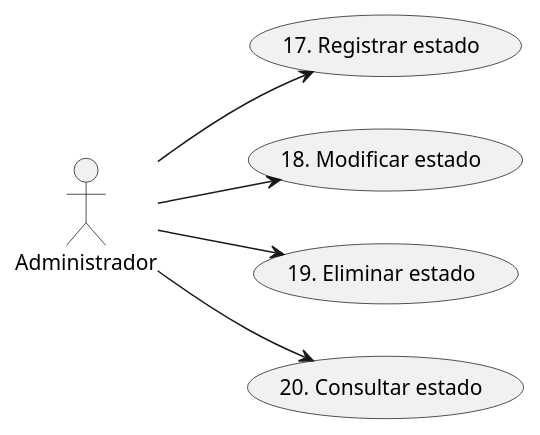
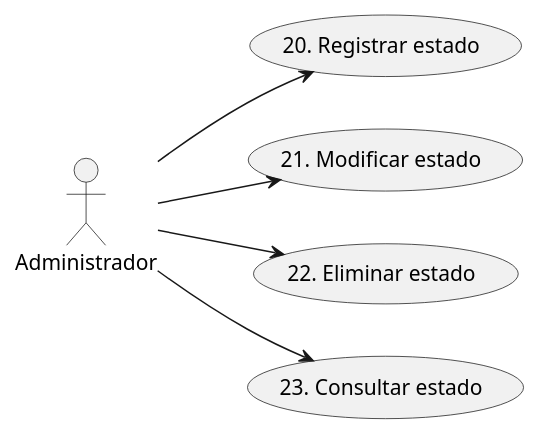
The fourth of 8 diagrams in Modelado/DiagramasCU.plantuml (ciggyx/Task_Flow), drawn with PlantUML before and after one commit. The commit also changed other lines of this file and 9 other files, not shown here.

Commit message:
chore(diagrama-cu): actualizado los cu

```diff
--- a/Modelado/DiagramasCU.plantuml
+++ b/Modelado/DiagramasCU.plantuml
@@ -44,8 +52,8 @@
-@startuml CU_Gestion_Estado
+@startuml CU_Administración_Estado
 left to right direction
 actor :Administrador: as A
-A --> (17. Registrar estado)
-A --> (18. Modificar estado)
-A --> (19. Eliminar estado)
-A --> (20. Consultar estado)
+A --> (20. Registrar estado)
+A --> (21. Modificar estado)
+A --> (22. Eliminar estado)
+A --> (23. Consultar estado)
 @enduml
```
